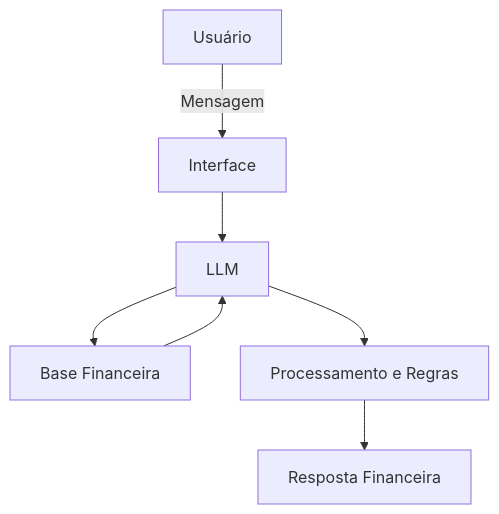
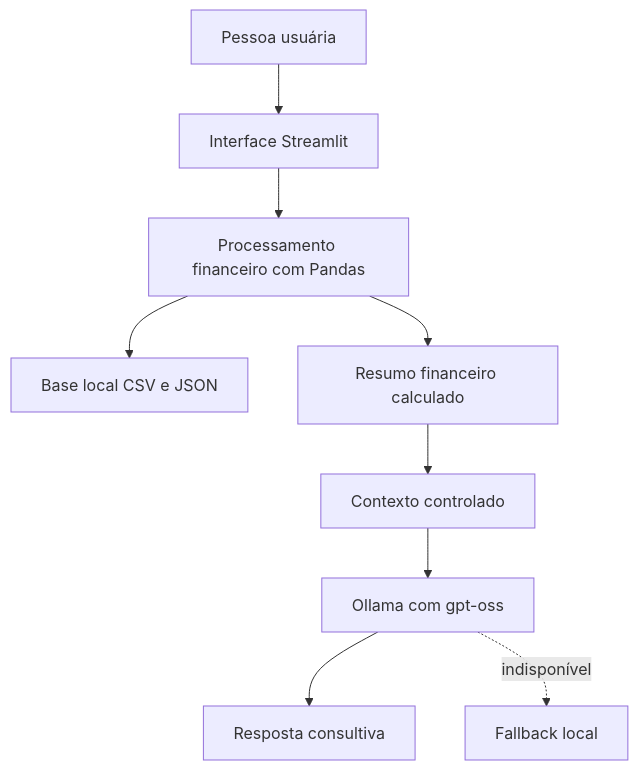
Before and after one commit to Luis1Santos1/dio-lab-bia-do-futuro: the diagram in docs/01-documentacao-agente.md, drawn with Mermaid. The commit also changed other lines of this file and 11 other files, not shown here.

Commit message:
feat: finalizar assistente financeiro com Ollama

````diff
--- a/docs/01-documentacao-agente.md
+++ b/docs/01-documentacao-agente.md
@@ -77,9 +42,11 @@
 ```mermaid
 flowchart TD
-    A[Usuário] -->|Mensagem| B[Interface]
-    B --> C[LLM]
-    C --> D[Base Financeira]
-    D --> C
-    C --> E[Processamento e Regras]
-    E --> F[Resposta Financeira]
+    A[Pessoa usuária] --> B[Interface Streamlit]
+    B --> C[Processamento financeiro com Pandas]
+    C --> D[Base local CSV e JSON]
+    C --> E[Resumo financeiro calculado]
+    E --> F[Contexto controlado]
+    F --> G[Ollama com gpt-oss]
+    G --> H[Resposta consultiva]
+    G -. indisponível .-> I[Fallback local]
 ```
````
